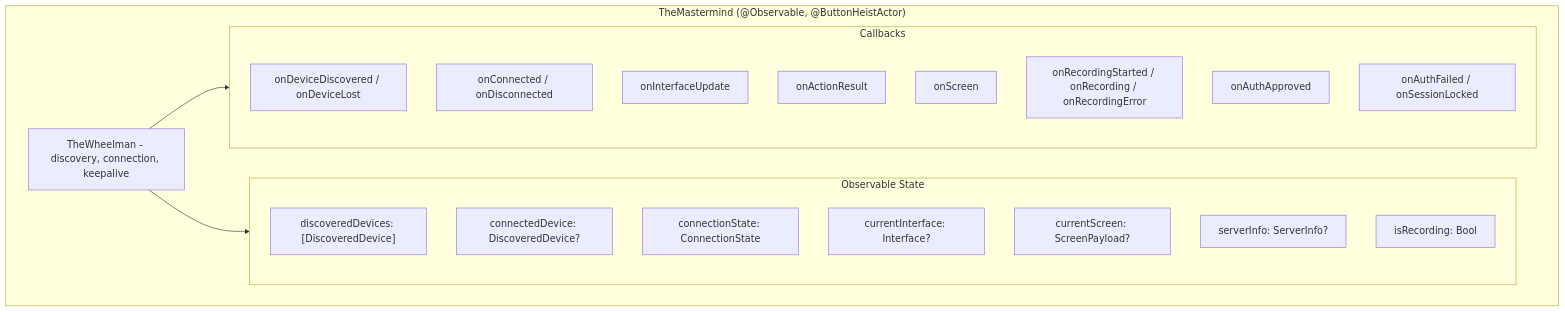
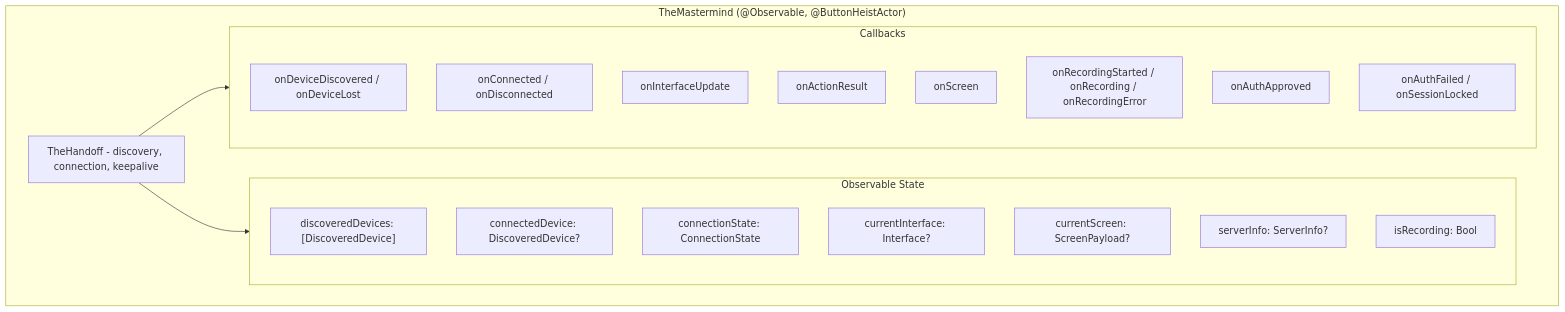
Before and after one commit to RoyalPineapple/TheButtonHeist: the first of 3 diagrams in docs/dossiers/09-THEMASTERMIND.md, drawn with Mermaid. The commit also changed other lines of this file and 6 other files, not shown here.

First line of the commit message:
Update CLAUDE.md and dossiers for TheWheelman → TheGetaway/TheHandoff split

````diff
--- a/docs/dossiers/09-THEMASTERMIND.md
+++ b/docs/dossiers/09-THEMASTERMIND.md
@@ -23,30 +23,30 @@
 ```mermaid
 graph TD
     subgraph TheMastermind["TheMastermind (@Observable, @ButtonHeistActor)"]
-        TW["TheWheelman - discovery, connection, keepalive"]
+        TW["TheHandoff - discovery, connection, keepalive"]
 
         subgraph ObservableState["Observable State"]
             Devices["discoveredDevices: [DiscoveredDevice]"]
             Connected["connectedDevice: DiscoveredDevice?"]
             ConnState["connectionState: ConnectionState"]
             CurrentIF["currentInterface: Interface?"]
             CurrentScreen["currentScreen: ScreenPayload?"]
             ServerInfo["serverInfo: ServerInfo?"]
             IsRecording["isRecording: Bool"]
         end
 
         subgraph Callbacks["Callbacks"]
             OnDevice["onDeviceDiscovered / onDeviceLost"]
             OnConn["onConnected / onDisconnected"]
             OnIF["onInterfaceUpdate"]
             OnAction["onActionResult"]
             OnScreen["onScreen"]
             OnRec["onRecordingStarted / onRecording / onRecordingError"]
             OnToken["onAuthApproved"]
             OnAuth["onAuthFailed / onSessionLocked"]
         end
     end
 
     TW --> ObservableState
     TW --> Callbacks
 ```
````
